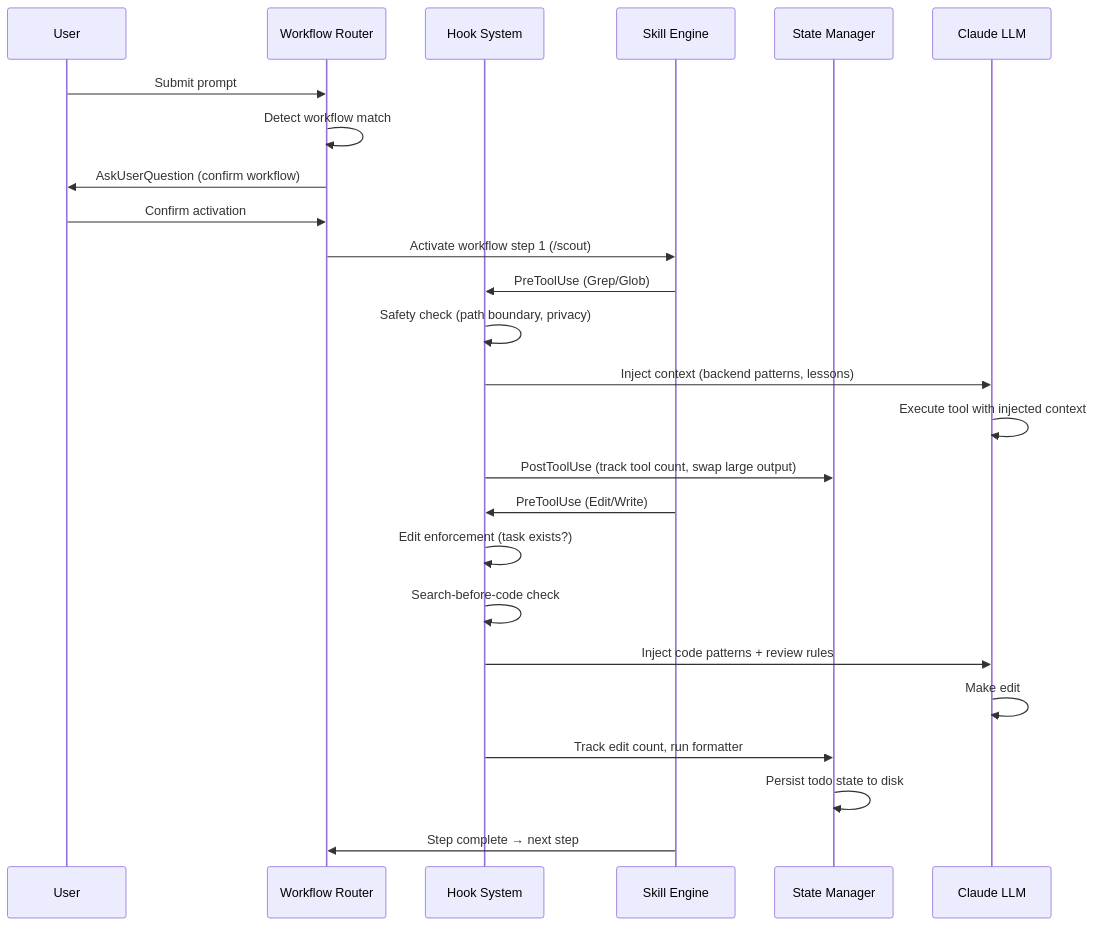
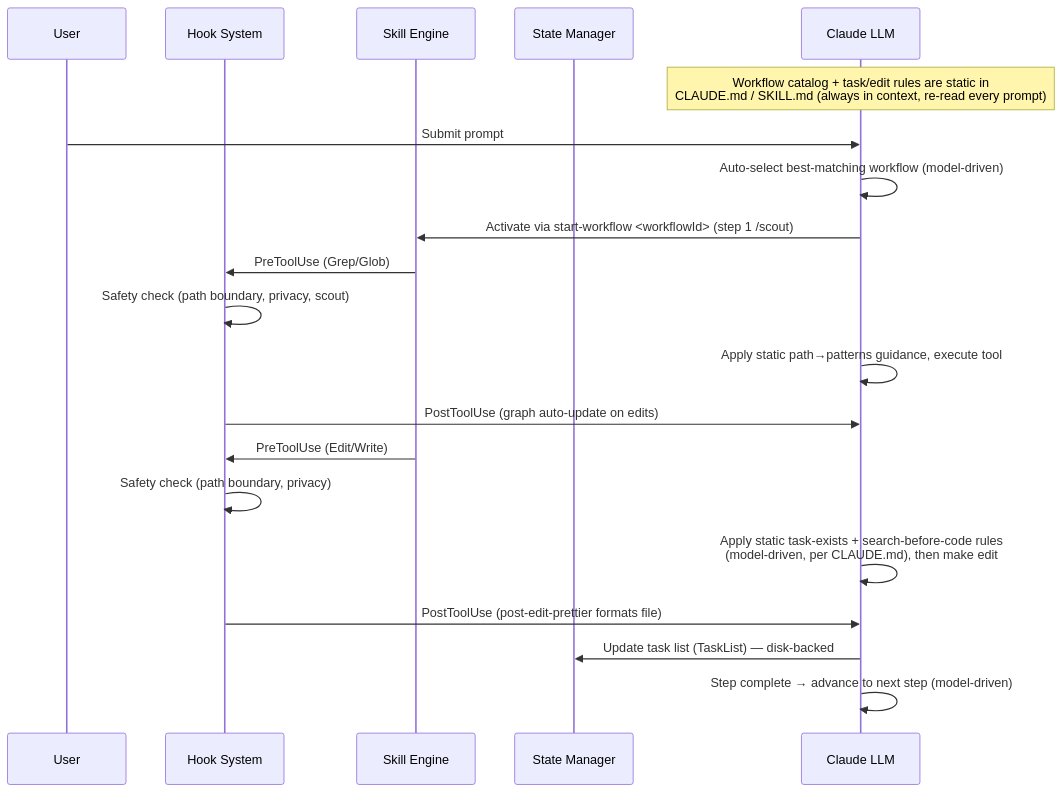
One commit to duc01226/EasyPlatform changed the second of 20 diagrams in .claude/docs/claude-ai-agent-framework-guide.md. Above: the diagram before and after it, drawn with Mermaid. The commit also changed other lines of this file and 1280 other files, not shown here.

````diff
--- a/.claude/docs/claude-ai-agent-framework-guide.md
+++ b/.claude/docs/claude-ai-agent-framework-guide.md
@@ -151,31 +160,25 @@
 ```mermaid
 sequenceDiagram
     participant User
-    participant Router as Workflow Router
     participant Hook as Hook System
     participant Skill as Skill Engine
     participant State as State Manager
     participant LLM as Claude LLM
 
-    User->>Router: Submit prompt
-    Router->>Router: Detect workflow match
-    Router->>User: AskUserQuestion (confirm workflow)
-    User->>Router: Confirm activation
-
-    Router->>Skill: Activate workflow step 1 (/scout)
+    Note over LLM: Workflow catalog + task/edit rules are static in<br/>CLAUDE.md / SKILL.md (always in context, re-read every prompt)
+    User->>LLM: Submit prompt
+    LLM->>LLM: Auto-select best-matching workflow (model-driven)
+    LLM->>Skill: Activate via start-workflow <workflowId> (step 1 /scout)
     Skill->>Hook: PreToolUse (Grep/Glob)
-    Hook->>Hook: Safety check (path boundary, privacy)
-    Hook->>LLM: Inject context (backend patterns, lessons)
-    LLM->>LLM: Execute tool with injected context
-    Hook->>State: PostToolUse (track tool count, swap large output)
+    Hook->>Hook: Safety check (path boundary, privacy, scout)
+    LLM->>LLM: Apply static path→patterns guidance, execute tool
+    Hook->>LLM: PostToolUse (graph auto-update on edits)
 
     Skill->>Hook: PreToolUse (Edit/Write)
-    Hook->>Hook: Edit enforcement (task exists?)
-    Hook->>Hook: Search-before-code check
-    Hook->>LLM: Inject code patterns + review rules
-    LLM->>LLM: Make edit
-    Hook->>State: Track edit count, run formatter
+    Hook->>Hook: Safety check (path boundary, privacy)
+    LLM->>LLM: Apply static task-exists + search-before-code rules<br/>(model-driven, per CLAUDE.md), then make edit
+    Hook->>LLM: PostToolUse (post-edit-prettier formats file)
 
-    State->>State: Persist todo state to disk
-    Skill->>Router: Step complete → next step
+    LLM->>State: Update task list (TaskList) — disk-backed
+    LLM->>LLM: Step complete → advance to next step (model-driven)
 ```
````
